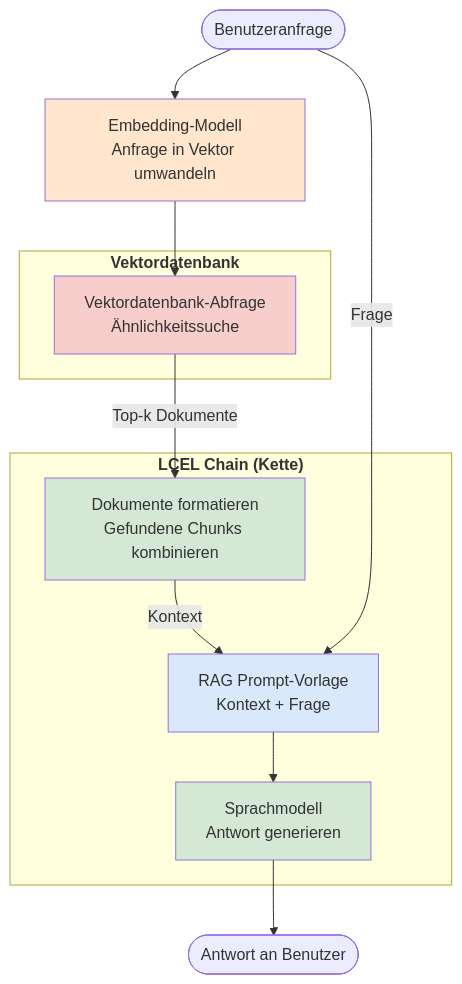
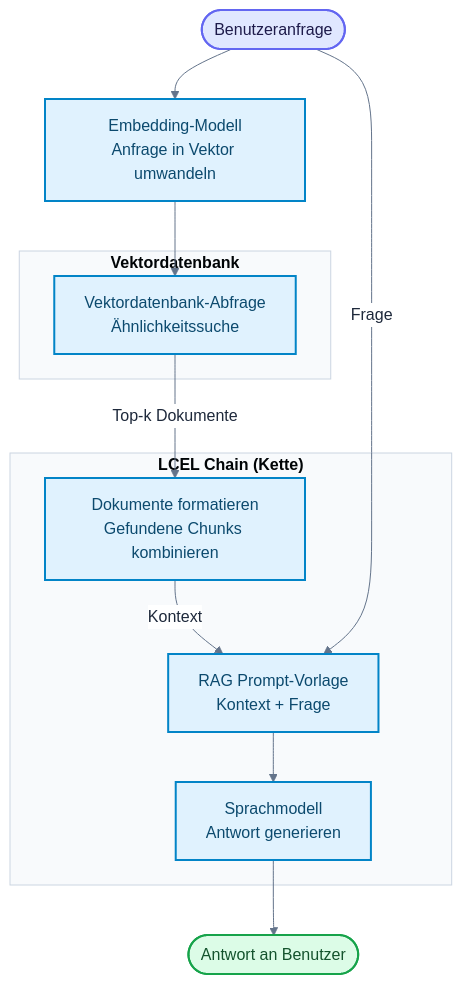
Before and after one commit to ralf-42/GenAI: the third of 3 diagrams in docs/06-frameworks/einsteiger-langchain.md, drawn with Mermaid. The commit also changed other lines of this file and 25 other files, not shown here.

````diff
--- a/docs/06-frameworks/einsteiger-langchain.md
+++ b/docs/06-frameworks/einsteiger-langchain.md
@@ -700,46 +737,64 @@
 ```mermaid
+---
+config:
+  theme: base
+  look: classic
+  themeVariables:
+    primaryColor: '#e0f2fe'
+    primaryBorderColor: '#0284c7'
+    primaryTextColor: '#1e293b'
+    lineColor: '#64748b'
+    clusterBkg: '#f8fafc'
+    clusterBorder: '#cbd5e1'
+    noteBkgColor: '#fef3c7'
+    noteBorderColor: '#d97706'
+    noteTextColor: '#78350f'
+    edgeLabelBackground: '#ffffff'
+---
+
 flowchart TB
 
 START([Benutzeranfrage])
 
 EMBED[Embedding-Modell
 Anfrage in Vektor umwandeln]
 
 RETRIEVE[Vektordatenbank-Abfrage
 Ähnlichkeitssuche]
 
 FORMAT[Dokumente formatieren
 Gefundene Chunks kombinieren]
 
 PROMPT[RAG Prompt-Vorlage
 Kontext + Frage]
 
 LLM[Sprachmodell
 Antwort generieren]
 
 FINISH([Antwort an Benutzer])
 
 START --> EMBED
 EMBED --> RETRIEVE
 RETRIEVE -->|Top-k Dokumente| FORMAT
 FORMAT -->|Kontext| PROMPT
 START -->|Frage| PROMPT
 PROMPT --> LLM
 LLM --> FINISH
 
 subgraph "<b>Vektordatenbank</b>"
     RETRIEVE
 end
 
 subgraph "<b>LCEL Chain (Kette)</b>"
     FORMAT
     PROMPT
     LLM
 end
 
-style EMBED fill:#ffe6cc
-style RETRIEVE fill:#f8cecc
-style FORMAT fill:#d5e8d4
-style PROMPT fill:#dae8fc
-style LLM fill:#d5e8d4
+%% Funktionsfarben nach Mermaid_Best_Practices.md
+classDef default fill:#e0f2fe,stroke:#0284c7,stroke-width:2px,color:#0c4a6e;
+classDef input fill:#e0e7ff,stroke:#6366f1,stroke-width:2px,color:#1e1b4b;
+classDef output fill:#dcfce7,stroke:#16a34a,stroke-width:2px,color:#14532d;
+class START input;
+class FINISH output;
 ```
````
